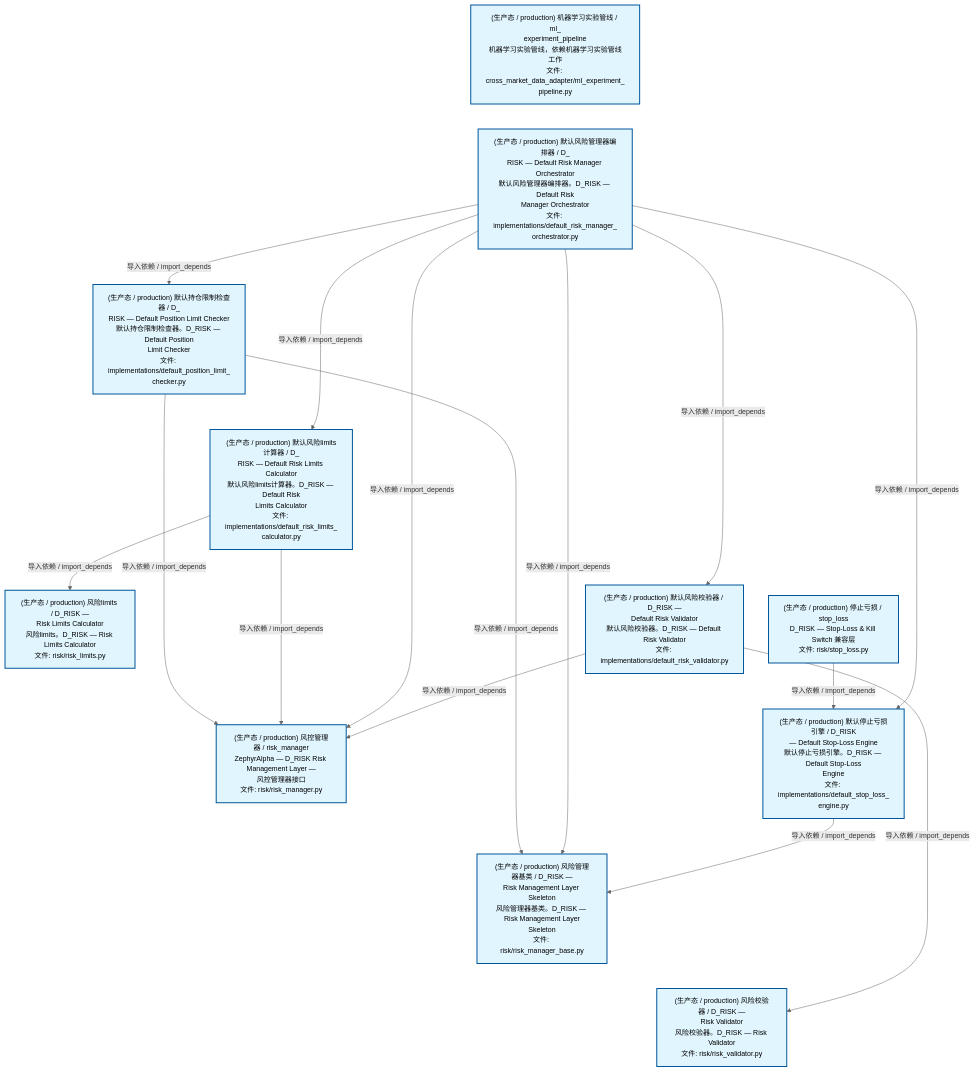
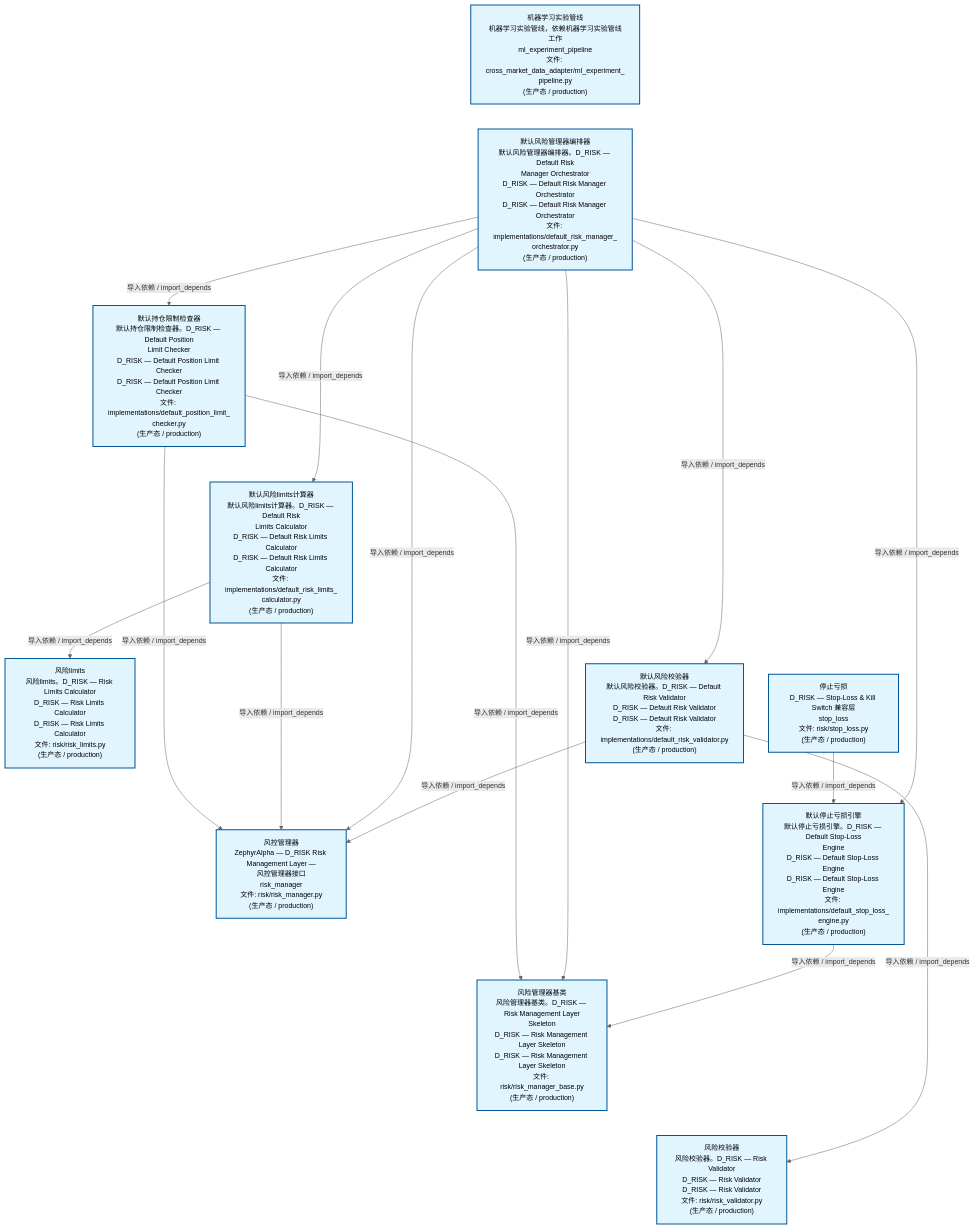
Before and after one commit to xuanFelixVan/ZephyrAlpha: the second of 4 diagrams in docs/02_enterprise_architecture/02_domain_architecture_docs/65_d_risk.md, drawn with Mermaid. The commit also changed other lines of this file and 62 other files, not shown here.

````diff
--- a/docs/02_enterprise_architecture/02_domain_architecture_docs/65_d_risk.md
+++ b/docs/02_enterprise_architecture/02_domain_architecture_docs/65_d_risk.md
@@ -134,42 +136,42 @@
 ```mermaid
 %%{init: {'theme': 'base', 'themeVariables': {'primaryColor': '#eaeaea', 'primaryTextColor': '#333333', 'primaryBorderColor': '#666666', 'lineColor': '#666666', 'secondaryColor': '#eaeaea', 'tertiaryColor': '#eaeaea', 'fontSize': '14px'}}}%%
 flowchart TD
-    src_zephyr_risk_cross_asset_cross_market_data_adapter_ml_experiment_pipeline_py["(生产态 / production) 机器学习实验管线 / ml_<br/>experiment_pipeline<br/>机器学习实验管线，依赖机器学习实验管线工作<br/>文件: cross_market_data_adapter/ml_experiment_<br/>pipeline.py"]
-    src_zephyr_risk_implementations_default_risk_manager_orchestrator_py["(生产态 / production) 默认风险管理器编排器 / D_<br/>RISK — Default Risk Manager Orchestrator<br/>默认风险管理器编排器。D_RISK — Default Risk<br/>Manager Orchestrator<br/>文件: implementations/default_risk_manager_<br/>orchestrator.py"]
-    src_zephyr_risk_stop_loss_py["(生产态 / production) 停止亏损 / stop_loss<br/>D_RISK — Stop-Loss & Kill Switch 兼容层<br/>文件: risk/stop_loss.py"]
+    src_zephyr_risk_cross_asset_cross_market_data_adapter_ml_experiment_pipeline_py["机器学习实验管线<br/>机器学习实验管线，依赖机器学习实验管线工作<br/>ml_experiment_pipeline<br/>文件: cross_market_data_adapter/ml_experiment_<br/>pipeline.py<br/>(生产态 / production)"]
+    src_zephyr_risk_implementations_default_risk_manager_orchestrator_py["默认风险管理器编排器<br/>默认风险管理器编排器。D_RISK — Default Risk<br/>Manager Orchestrator<br/>D_RISK — Default Risk Manager Orchestrator<br/>D_RISK — Default Risk Manager Orchestrator<br/>文件: implementations/default_risk_manager_<br/>orchestrator.py<br/>(生产态 / production)"]
+    src_zephyr_risk_stop_loss_py["停止亏损<br/>D_RISK — Stop-Loss & Kill Switch 兼容层<br/>stop_loss<br/>文件: risk/stop_loss.py<br/>(生产态 / production)"]
     src_zephyr_risk_cross_asset_cross_market_data_adapter_ml_experiment_pipeline_py ~~~ src_zephyr_risk_implementations_default_risk_manager_orchestrator_py
     src_zephyr_risk_implementations_default_risk_manager_orchestrator_py ~~~ src_zephyr_risk_stop_loss_py
-    src_zephyr_risk_implementations_default_position_limit_checker_py["(生产态 / production) 默认持仓限制检查器 / D_<br/>RISK — Default Position Limit Checker<br/>默认持仓限制检查器。D_RISK — Default Position<br/>Limit Checker<br/>文件: implementations/default_position_limit_<br/>checker.py"]
-    src_zephyr_risk_implementations_default_risk_limits_calculator_py["(生产态 / production) 默认风险limits计算器 / D_<br/>RISK — Default Risk Limits Calculator<br/>默认风险limits计算器。D_RISK — Default Risk<br/>Limits Calculator<br/>文件: implementations/default_risk_limits_<br/>calculator.py"]
-    src_zephyr_risk_implementations_default_risk_validator_py["(生产态 / production) 默认风险校验器 / D_RISK —<br/>Default Risk Validator<br/>默认风险校验器。D_RISK — Default Risk Validator<br/>文件: implementations/default_risk_validator.py"]
-    src_zephyr_risk_implementations_default_stop_loss_engine_py["(生产态 / production) 默认停止亏损引擎 / D_RISK<br/>— Default Stop-Loss Engine<br/>默认停止亏损引擎。D_RISK — Default Stop-Loss<br/>Engine<br/>文件: implementations/default_stop_loss_<br/>engine.py"]
+    src_zephyr_risk_implementations_default_position_limit_checker_py["默认持仓限制检查器<br/>默认持仓限制检查器。D_RISK — Default Position<br/>Limit Checker<br/>D_RISK — Default Position Limit Checker<br/>D_RISK — Default Position Limit Checker<br/>文件: implementations/default_position_limit_<br/>checker.py<br/>(生产态 / production)"]
+    src_zephyr_risk_implementations_default_risk_limits_calculator_py["默认风险limits计算器<br/>默认风险limits计算器。D_RISK — Default Risk<br/>Limits Calculator<br/>D_RISK — Default Risk Limits Calculator<br/>D_RISK — Default Risk Limits Calculator<br/>文件: implementations/default_risk_limits_<br/>calculator.py<br/>(生产态 / production)"]
+    src_zephyr_risk_implementations_default_risk_validator_py["默认风险校验器<br/>默认风险校验器。D_RISK — Default Risk Validator<br/>D_RISK — Default Risk Validator<br/>D_RISK — Default Risk Validator<br/>文件: implementations/default_risk_validator.py<br/>(生产态 / production)"]
+    src_zephyr_risk_implementations_default_stop_loss_engine_py["默认停止亏损引擎<br/>默认停止亏损引擎。D_RISK — Default Stop-Loss<br/>Engine<br/>D_RISK — Default Stop-Loss Engine<br/>D_RISK — Default Stop-Loss Engine<br/>文件: implementations/default_stop_loss_<br/>engine.py<br/>(生产态 / production)"]
     src_zephyr_risk_implementations_default_position_limit_checker_py ~~~ src_zephyr_risk_implementations_default_risk_limits_calculator_py
     src_zephyr_risk_implementations_default_risk_limits_calculator_py ~~~ src_zephyr_risk_implementations_default_risk_validator_py
     src_zephyr_risk_implementations_default_risk_validator_py ~~~ src_zephyr_risk_implementations_default_stop_loss_engine_py
-    src_zephyr_risk_risk_limits_py["(生产态 / production) 风险limits / D_RISK —<br/>Risk Limits Calculator<br/>风险limits。D_RISK — Risk Limits Calculator<br/>文件: risk/risk_limits.py"]
-    src_zephyr_risk_risk_manager_py["(生产态 / production) 风控管理器 / risk_manager<br/>ZephyrAlpha — D_RISK Risk Management Layer —<br/>风控管理器接口<br/>文件: risk/risk_manager.py"]
-    src_zephyr_risk_risk_manager_base_py["(生产态 / production) 风险管理器基类 / D_RISK —<br/>Risk Management Layer Skeleton<br/>风险管理器基类。D_RISK — Risk Management Layer<br/>Skeleton<br/>文件: risk/risk_manager_base.py"]
-    src_zephyr_risk_risk_validator_py["(生产态 / production) 风险校验器 / D_RISK —<br/>Risk Validator<br/>风险校验器。D_RISK — Risk Validator<br/>文件: risk/risk_validator.py"]
+    src_zephyr_risk_risk_limits_py["风险limits<br/>风险limits。D_RISK — Risk Limits Calculator<br/>D_RISK — Risk Limits Calculator<br/>D_RISK — Risk Limits Calculator<br/>文件: risk/risk_limits.py<br/>(生产态 / production)"]
+    src_zephyr_risk_risk_manager_py["风控管理器<br/>ZephyrAlpha — D_RISK Risk Management Layer —<br/>风控管理器接口<br/>risk_manager<br/>文件: risk/risk_manager.py<br/>(生产态 / production)"]
+    src_zephyr_risk_risk_manager_base_py["风险管理器基类<br/>风险管理器基类。D_RISK — Risk Management Layer<br/>Skeleton<br/>D_RISK — Risk Management Layer Skeleton<br/>D_RISK — Risk Management Layer Skeleton<br/>文件: risk/risk_manager_base.py<br/>(生产态 / production)"]
+    src_zephyr_risk_risk_validator_py["风险校验器<br/>风险校验器。D_RISK — Risk Validator<br/>D_RISK — Risk Validator<br/>D_RISK — Risk Validator<br/>文件: risk/risk_validator.py<br/>(生产态 / production)"]
     src_zephyr_risk_risk_limits_py ~~~ src_zephyr_risk_risk_manager_py
     src_zephyr_risk_risk_manager_py ~~~ src_zephyr_risk_risk_manager_base_py
     src_zephyr_risk_risk_manager_base_py ~~~ src_zephyr_risk_risk_validator_py
     src_zephyr_risk_stop_loss_py -->|导入依赖 / import_depends| src_zephyr_risk_implementations_default_stop_loss_engine_py
+    src_zephyr_risk_implementations_default_position_limit_checker_py -->|导入依赖 / import_depends| src_zephyr_risk_risk_manager_base_py
     src_zephyr_risk_implementations_default_position_limit_checker_py -->|导入依赖 / import_depends| src_zephyr_risk_risk_manager_py
-    src_zephyr_risk_implementations_default_position_limit_checker_py -->|导入依赖 / import_depends| src_zephyr_risk_risk_manager_base_py
+    src_zephyr_risk_implementations_default_risk_limits_calculator_py -->|导入依赖 / import_depends| src_zephyr_risk_risk_limits_py
     src_zephyr_risk_implementations_default_risk_limits_calculator_py -->|导入依赖 / import_depends| src_zephyr_risk_risk_manager_py
-    src_zephyr_risk_implementations_default_risk_limits_calculator_py -->|导入依赖 / import_depends| src_zephyr_risk_risk_limits_py
+    src_zephyr_risk_implementations_default_risk_manager_orchestrator_py -->|导入依赖 / import_depends| src_zephyr_risk_risk_manager_base_py
     src_zephyr_risk_implementations_default_risk_manager_orchestrator_py -->|导入依赖 / import_depends| src_zephyr_risk_risk_manager_py
-    src_zephyr_risk_implementations_default_risk_manager_orchestrator_py -->|导入依赖 / import_depends| src_zephyr_risk_risk_manager_base_py
     src_zephyr_risk_implementations_default_risk_manager_orchestrator_py -->|导入依赖 / import_depends| src_zephyr_risk_implementations_default_position_limit_checker_py
     src_zephyr_risk_implementations_default_risk_manager_orchestrator_py -->|导入依赖 / import_depends| src_zephyr_risk_implementations_default_risk_limits_calculator_py
     src_zephyr_risk_implementations_default_risk_manager_orchestrator_py -->|导入依赖 / import_depends| src_zephyr_risk_implementations_default_risk_validator_py
     src_zephyr_risk_implementations_default_risk_manager_orchestrator_py -->|导入依赖 / import_depends| src_zephyr_risk_implementations_default_stop_loss_engine_py
     src_zephyr_risk_implementations_default_risk_validator_py -->|导入依赖 / import_depends| src_zephyr_risk_risk_manager_py
     src_zephyr_risk_implementations_default_risk_validator_py -->|导入依赖 / import_depends| src_zephyr_risk_risk_validator_py
     src_zephyr_risk_implementations_default_stop_loss_engine_py -->|导入依赖 / import_depends| src_zephyr_risk_risk_manager_base_py
     classDef production fill:#e1f5fe,stroke:#01579b,stroke-width:2px,color:#000
     classDef design fill:#fff3e0,stroke:#e65100,stroke-width:2px,color:#000,stroke-dasharray: 5 5
     classDef external_prod fill:#e8f4fd,stroke:#0277bd,stroke-width:1px,color:#000
     classDef external_design fill:#fff8e7,stroke:#ef6c00,stroke-width:1px,color:#000,stroke-dasharray: 5 5
     class src_zephyr_risk_cross_asset_cross_market_data_adapter_ml_experiment_pipeline_py,src_zephyr_risk_implementations_default_position_limit_checker_py,src_zephyr_risk_implementations_default_risk_limits_calculator_py,src_zephyr_risk_implementations_default_risk_manager_orchestrator_py,src_zephyr_risk_implementations_default_risk_validator_py,src_zephyr_risk_implementations_default_stop_loss_engine_py,src_zephyr_risk_risk_limits_py,src_zephyr_risk_risk_manager_py,src_zephyr_risk_risk_manager_base_py,src_zephyr_risk_risk_validator_py,src_zephyr_risk_stop_loss_py production
 ```
````
